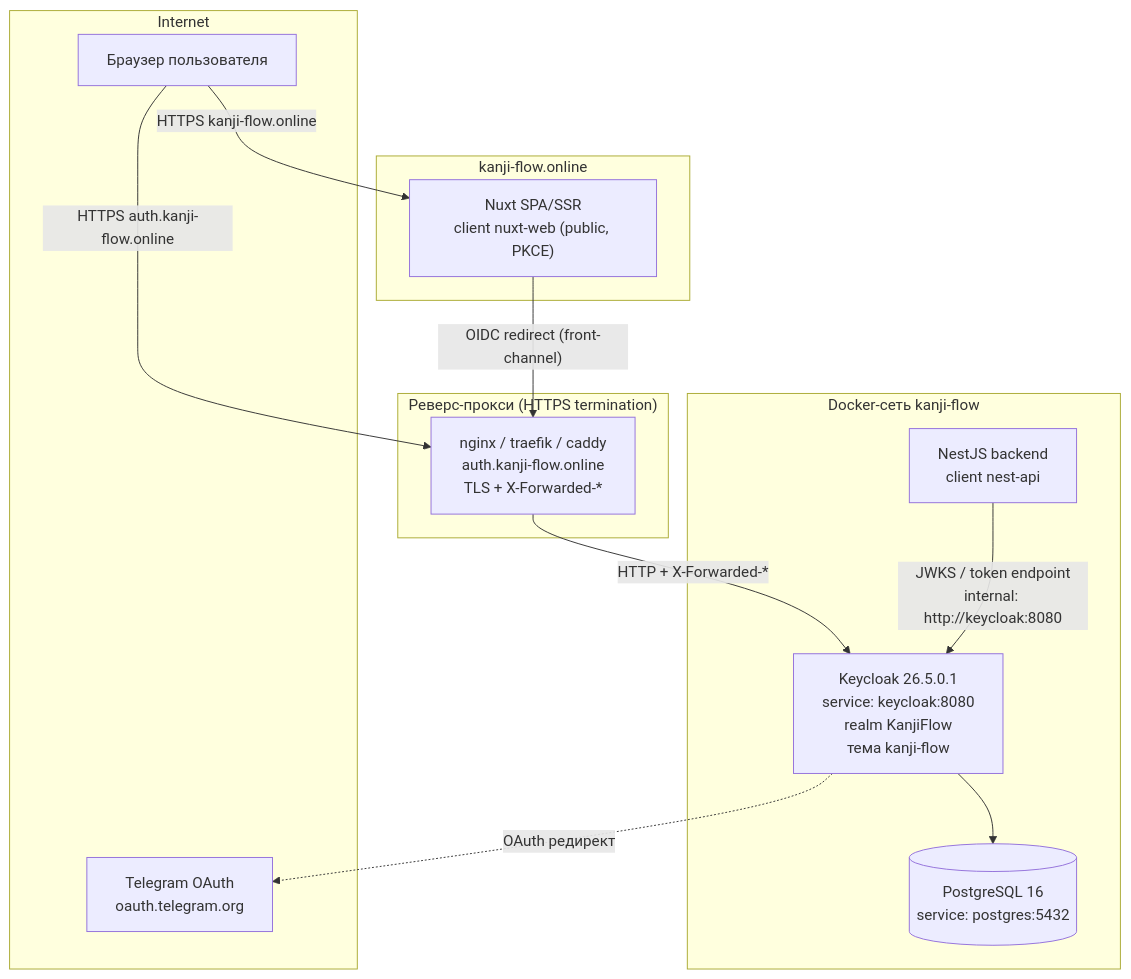
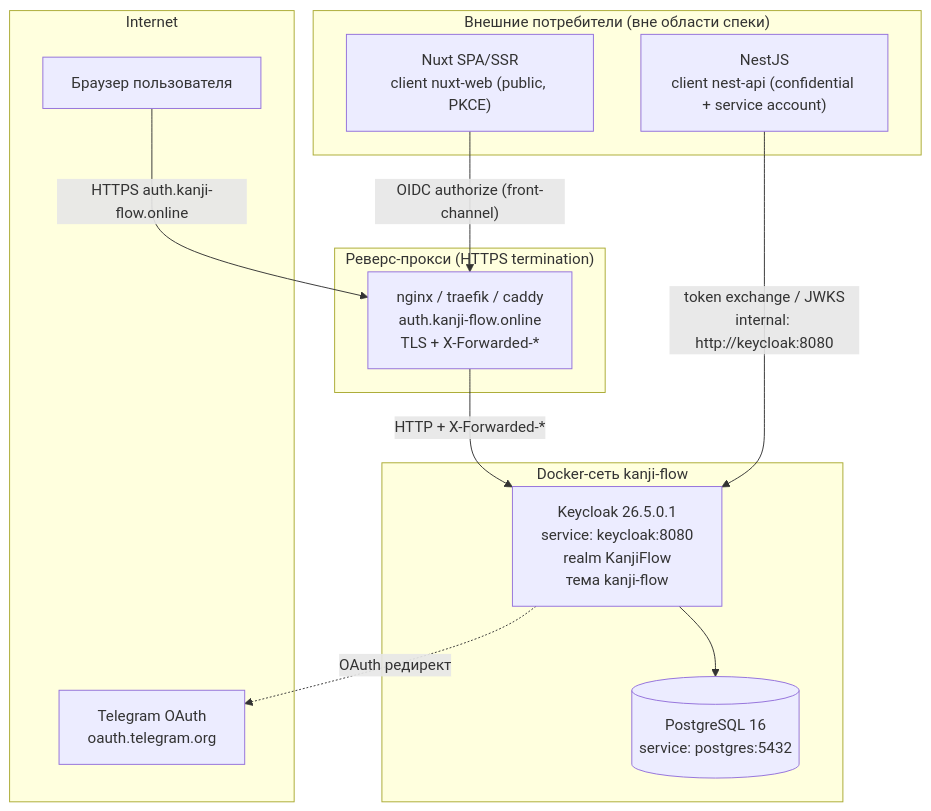
Before and after one commit to ciel69/keycloak-kanji: the first of 3 diagrams in .kiro/specs/custom-auth-page/design.md, drawn with Mermaid. The commit also changed other lines of this file and 2 other files, not shown here.

Commit message:
docs(spec): rescope to Keycloak-only (remove Nuxt/NestJS behavioral reqs)

````diff
--- a/.kiro/specs/custom-auth-page/design.md
+++ b/.kiro/specs/custom-auth-page/design.md
@@ -55,29 +71,28 @@
 ```mermaid
 graph TB
     subgraph Internet
         User[Браузер пользователя]
         TG[Telegram OAuth<br/>oauth.telegram.org]
     end
 
     subgraph Edge["Реверс-прокси (HTTPS termination)"]
         Proxy["nginx / traefik / caddy<br/>auth.kanji-flow.online<br/>TLS + X-Forwarded-*"]
     end
 
     subgraph DockerNet["Docker-сеть kanji-flow"]
         KC["Keycloak 26.5.0.1<br/>service: keycloak:8080<br/>realm KanjiFlow<br/>тема kanji-flow"]
         PG[("PostgreSQL 16<br/>service: postgres:5432")]
-        Nest["NestJS backend<br/>client nest-api"]
     end
 
-    subgraph FrontHost["kanji-flow.online"]
+    subgraph External["Внешние потребители (вне области спеки)"]
         Nuxt["Nuxt SPA/SSR<br/>client nuxt-web (public, PKCE)"]
+        Nest["NestJS<br/>client nest-api (confidential + service account)"]
     end
 
     User -->|"HTTPS auth.kanji-flow.online"| Proxy
     Proxy -->|"HTTP + X-Forwarded-*"| KC
     KC --> PG
     KC -. "OAuth редирект" .-> TG
-    User -->|"HTTPS kanji-flow.online"| Nuxt
-    Nuxt -->|"OIDC redirect (front-channel)"| Proxy
-    Nest -->|"JWKS / token endpoint<br/>internal: http://keycloak:8080"| KC
+    Nuxt -->|"OIDC authorize (front-channel)"| Proxy
+    Nest -->|"token exchange / JWKS<br/>internal: http://keycloak:8080"| KC
 ```
````
